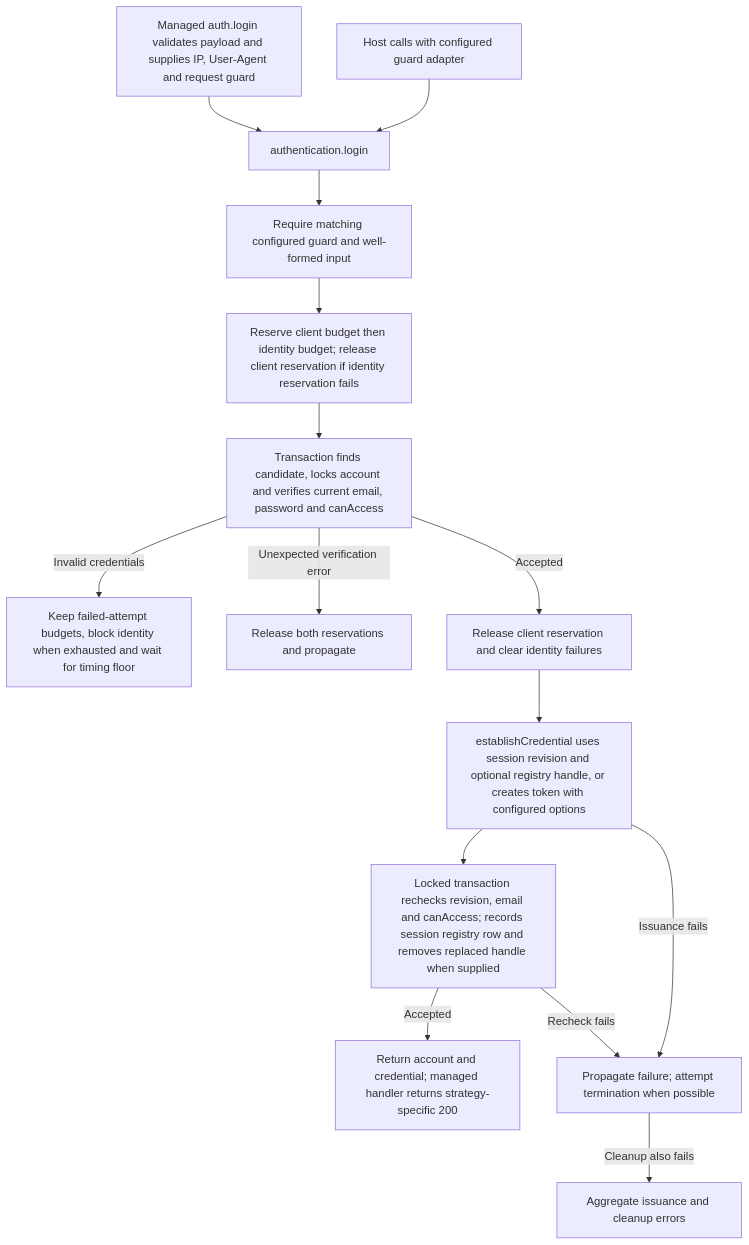
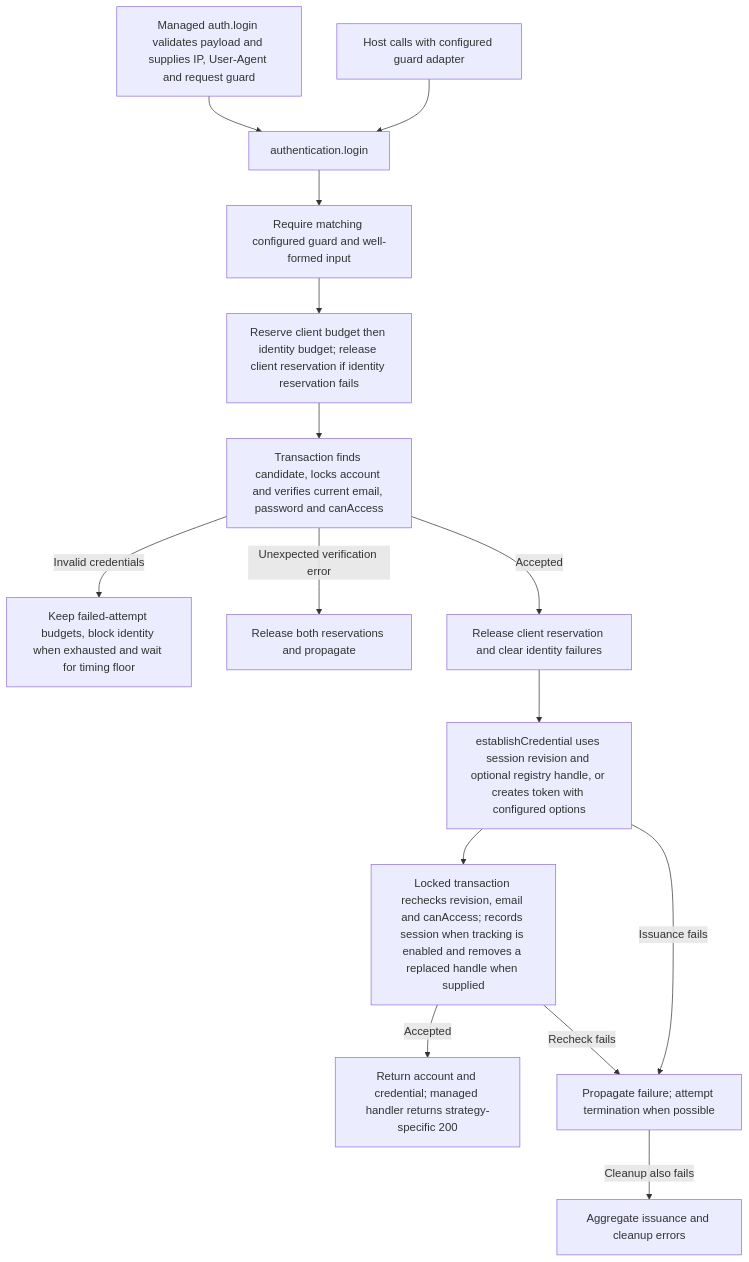
The second of 2 diagrams in user-stories/US-ACCOUNT-03-sign-in.md (Kevinjohn/oss-adonisjs-account-kit), drawn with Mermaid before and after one commit. The commit also changed 42 other files, not shown here.

````diff
--- a/user-stories/US-ACCOUNT-03-sign-in.md
+++ b/user-stories/US-ACCOUNT-03-sign-in.md
@@ -37,17 +37,17 @@
 ```mermaid
 flowchart TD
   U["Managed auth.login validates payload and supplies IP, User-Agent and request guard"] --> A["authentication.login"]
   V["Host calls with configured guard adapter"] --> A
   A --> M["Require matching configured guard and well-formed input"]
   M --> B["Reserve client budget then identity budget; release client reservation if identity reservation fails"]
   B --> C["Transaction finds candidate, locks account and verifies current email, password and canAccess"]
   C -->|Invalid credentials| E["Keep failed-attempt budgets, block identity when exhausted and wait for timing floor"]
   C -->|Unexpected verification error| EE["Release both reservations and propagate"]
   C -->|Accepted| R["Release client reservation and clear identity failures"]
   R --> S["establishCredential uses session revision and optional registry handle, or creates token with configured options"]
-  S --> F["Locked transaction rechecks revision, email and canAccess; records session registry row and removes replaced handle when supplied"]
+  S --> F["Locked transaction rechecks revision, email and canAccess; records session when tracking is enabled and removes a replaced handle when supplied"]
   F -->|Accepted| G["Return account and credential; managed handler returns strategy-specific 200"]
   S -->|Issuance fails| I["Propagate failure; attempt termination when possible"]
   F -->|Recheck fails| I
   I -->|Cleanup also fails| J["Aggregate issuance and cleanup errors"]
 ```
````
